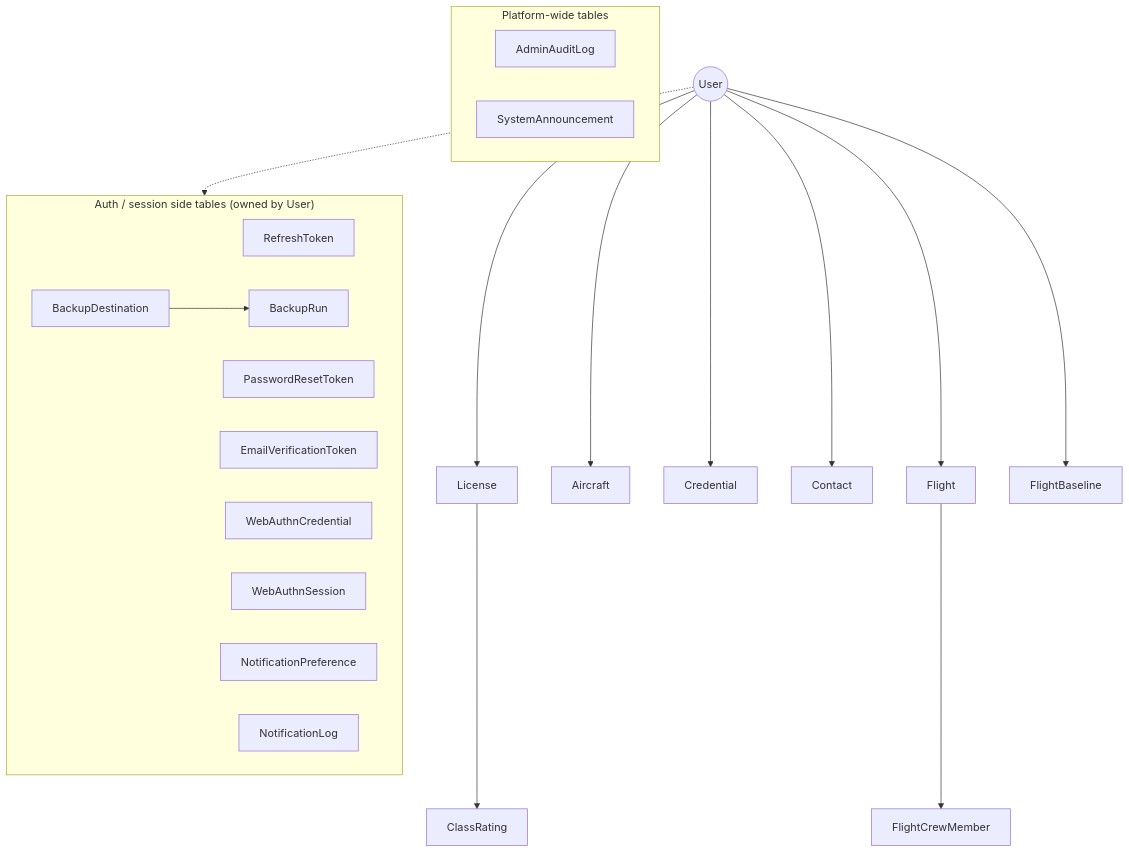
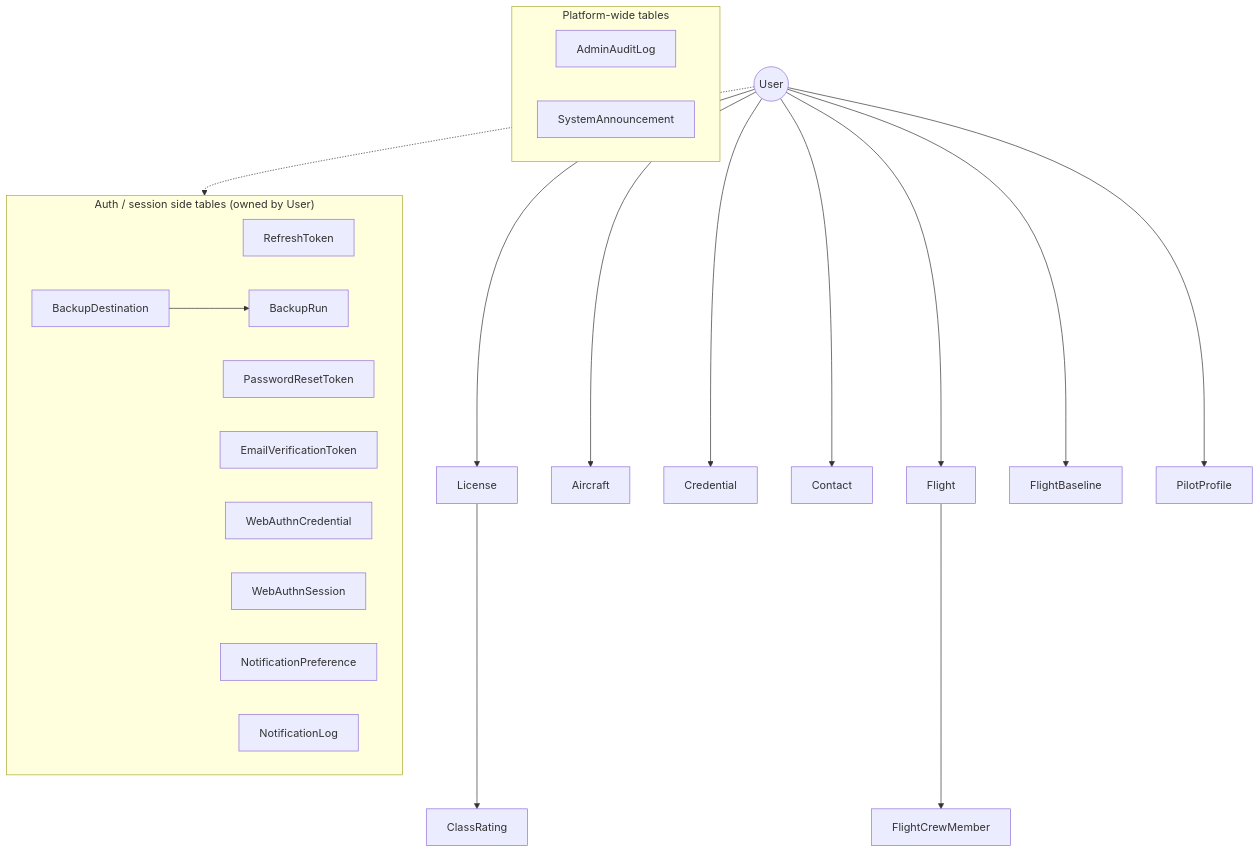
Before and after one commit to fjaeckel/ninerlog-api: the diagram in docs/DATA_MODEL.md, drawn with Mermaid. The commit also changed other lines of this file and 46 other files, not shown here.

First line of the commit message:
feat(users): pilot profile with derived disciplines

````diff
--- a/docs/DATA_MODEL.md
+++ b/docs/DATA_MODEL.md
@@ -13,32 +13,33 @@
 ```mermaid
 flowchart TD
     User((User))
     User --> License
     User --> Aircraft
     User --> Credential
     User --> Contact
     User --> Flight
     User --> FlightBaseline
+    User --> PilotProfile
     License --> ClassRating
     Flight --> FlightCrewMember
 
     subgraph auth["Auth / session side tables (owned by User)"]
         direction LR
         RefreshToken
         PasswordResetToken
         EmailVerificationToken
         WebAuthnCredential
         WebAuthnSession
         NotificationPreference
         NotificationLog
         BackupDestination --> BackupRun
     end
 
     subgraph platform["Platform-wide tables"]
         direction LR
         AdminAuditLog
         SystemAnnouncement
     end
 
     User -.-> auth
 ```
````
